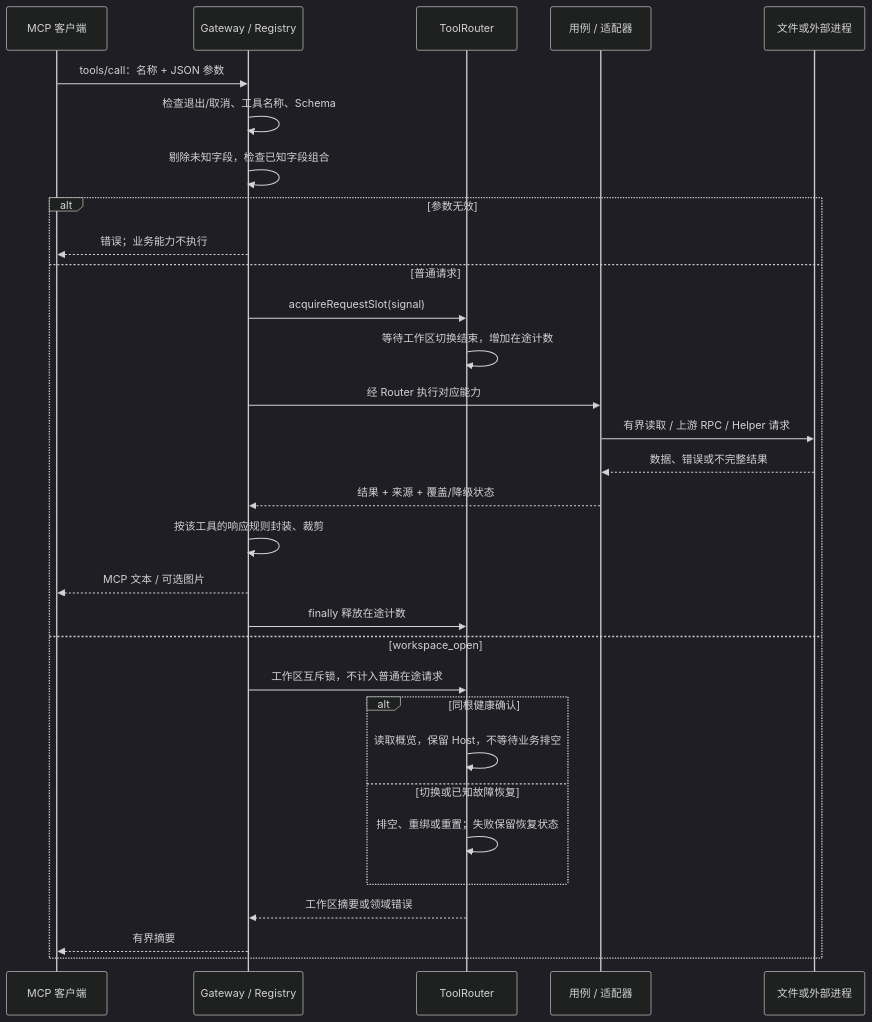
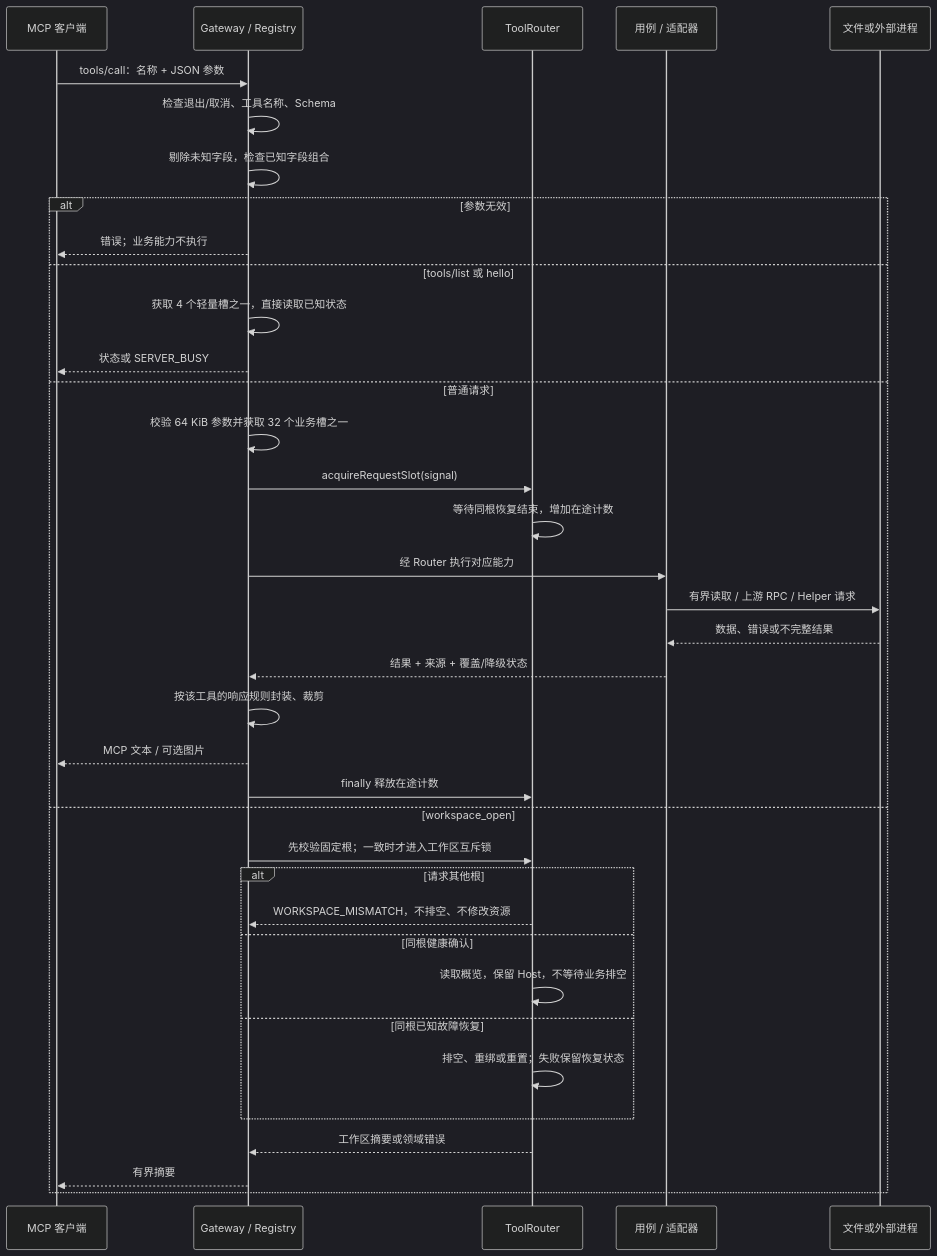
The second of 5 diagrams in WinCode-架构与数据流说明.md (linnnn89/WinCode), drawn with Mermaid (dark theme) before and after one commit. The commit also changed other lines of this file and 83 other files, not shown here.

````diff
--- a/WinCode-架构与数据流说明.md
+++ b/WinCode-架构与数据流说明.md
@@ -57,33 +59,39 @@
 ```mermaid
 sequenceDiagram
   participant A as MCP 客户端
   participant G as Gateway / Registry
   participant R as ToolRouter
   participant U as 用例 / 适配器
   participant E as 文件或外部进程
   A->>G: tools/call：名称 + JSON 参数
   G->>G: 检查退出/取消、工具名称、Schema
   G->>G: 剔除未知字段，检查已知字段组合
   alt 参数无效
     G-->>A: 错误；业务能力不执行
+  else tools/list 或 hello
+    G->>G: 获取 4 个轻量槽之一，直接读取已知状态
+    G-->>A: 状态或 SERVER_BUSY
   else 普通请求
+    G->>G: 校验 64 KiB 参数并获取 32 个业务槽之一
     G->>R: acquireRequestSlot(signal)
-    R->>R: 等待工作区切换结束，增加在途计数
+    R->>R: 等待同根恢复结束，增加在途计数
     G->>U: 经 Router 执行对应能力
     U->>E: 有界读取 / 上游 RPC / Helper 请求
     E-->>U: 数据、错误或不完整结果
     U-->>G: 结果 + 来源 + 覆盖/降级状态
     G->>G: 按该工具的响应规则封装、裁剪
     G-->>A: MCP 文本 / 可选图片
     G->>R: finally 释放在途计数
   else workspace_open
-    G->>R: 工作区互斥锁，不计入普通在途请求
-    alt 同根健康确认
+    G->>R: 先校验固定根；一致时才进入工作区互斥锁
+    alt 请求其他根
+      R-->>G: WORKSPACE_MISMATCH，不排空、不修改资源
+    else 同根健康确认
       R->>R: 读取概览，保留 Host，不等待业务排空
-    else 切换或已知故障恢复
+    else 同根已知故障恢复
       R->>R: 排空、重绑或重置；失败保留恢复状态
     end
     R-->>G: 工作区摘要或领域错误
     G-->>A: 有界摘要
   end
 ```
````
